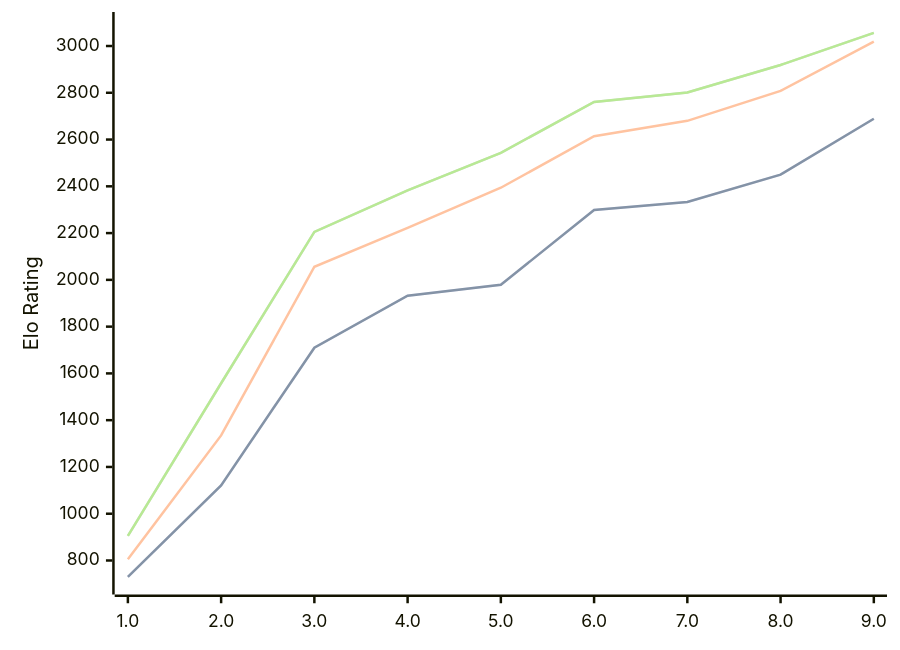
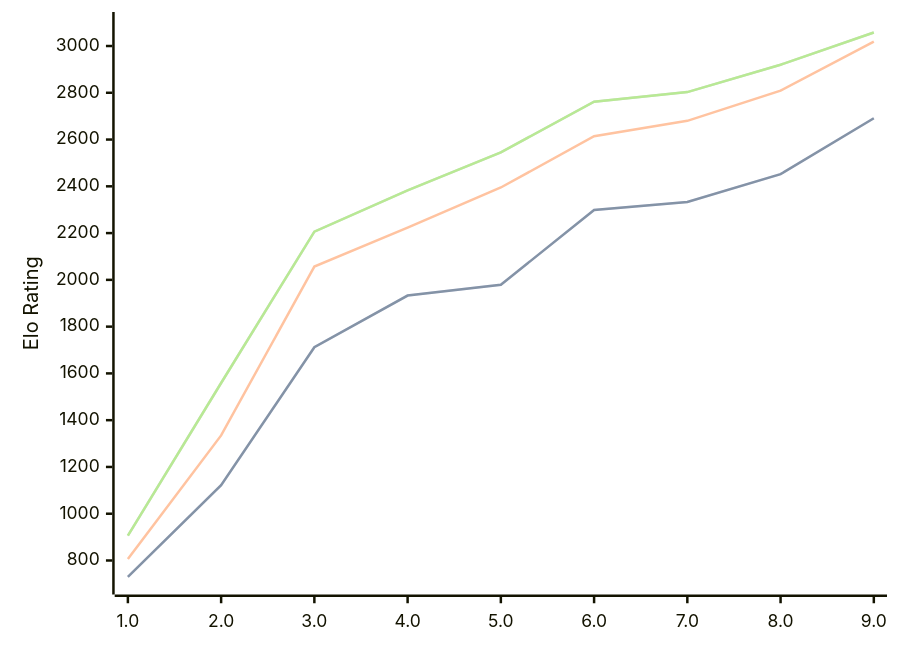
The diagram in engines/Pea.md (computer-chess-index/cci), drawn with Mermaid before and after one commit. The commit also changed other lines of this file, not shown here.

Commit message:
Update CCI Ratings (ELO VLTC) - 2026-07-24

````diff
--- a/engines/Pea.md
+++ b/engines/Pea.md
@@ -39,11 +39,11 @@
 ```mermaid
 %%{init: {"theme":"base","themeVariables":{"seriesColors:['#a3a3a3','#222221','#faa371']}}}%%
 xychart-beta
   x-axis ["1.0", "2.0", "3.0", "4.0", "5.0", "6.0", "7.0", "8.0", "9.0"]
   y-axis "Elo Rating" 700 --> 3100
-  line "STC (8.0+0.08s)" [730, 1121, 1710, 1932, 1979, 2299, 2333, 2450, 2689]
-  line "STC (8.0+0.08s)" [730, 1121, 1710, 1932, 1979, 2299, 2333, 2450, 2689]
-  line "LTC (60.0+0.60s)" [805, 1335, 2056, 2222, 2394, 2614, 2680, 2808, 3019]
-  line "VLTC (2m24s+1.12s)" [905, 1558, 2205, 2383, 2543, 2761, 2801, 2919, 3056]
-  line "VLTC (2m24s+1.12s)" [905, 1558, 2205, 2383, 2543, 2761, 2801, 2919, 3056]
+  line "STC (8.0+0.08s)" [730, 1122, 1712, 1933, 1979, 2299, 2333, 2452, 2691]
+  line "STC (8.0+0.08s)" [730, 1122, 1712, 1933, 1979, 2299, 2333, 2452, 2691]
+  line "LTC (60.0+0.60s)" [806, 1335, 2057, 2223, 2395, 2614, 2680, 2809, 3019]
+  line "VLTC (2m24s+1.12s)" [906, 1559, 2206, 2383, 2545, 2762, 2803, 2920, 3058]
+  line "VLTC (2m24s+1.12s)" [906, 1559, 2206, 2383, 2545, 2762, 2803, 2920, 3058]
 ```
````
